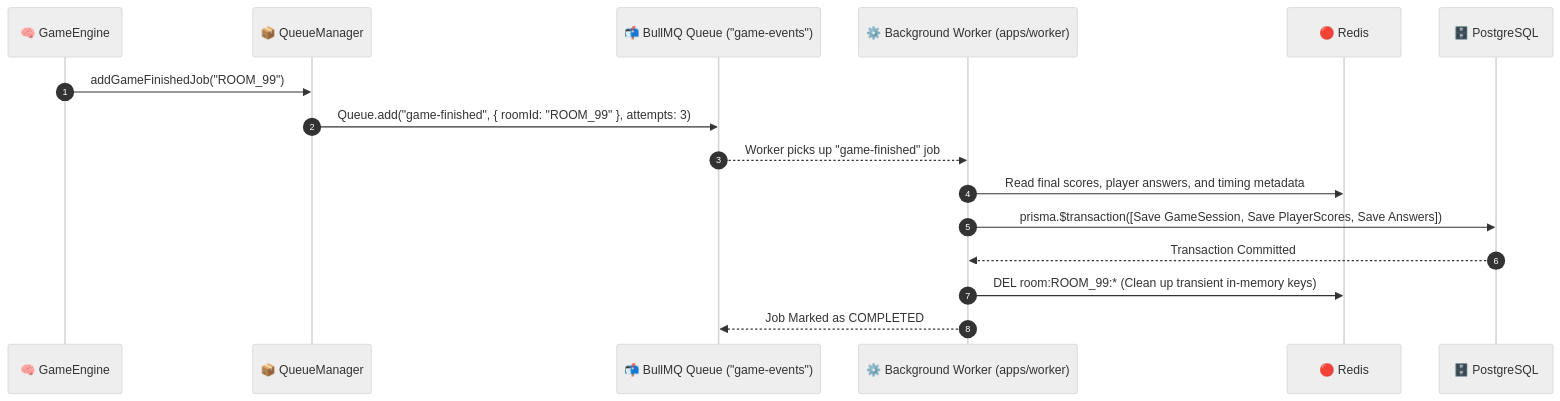
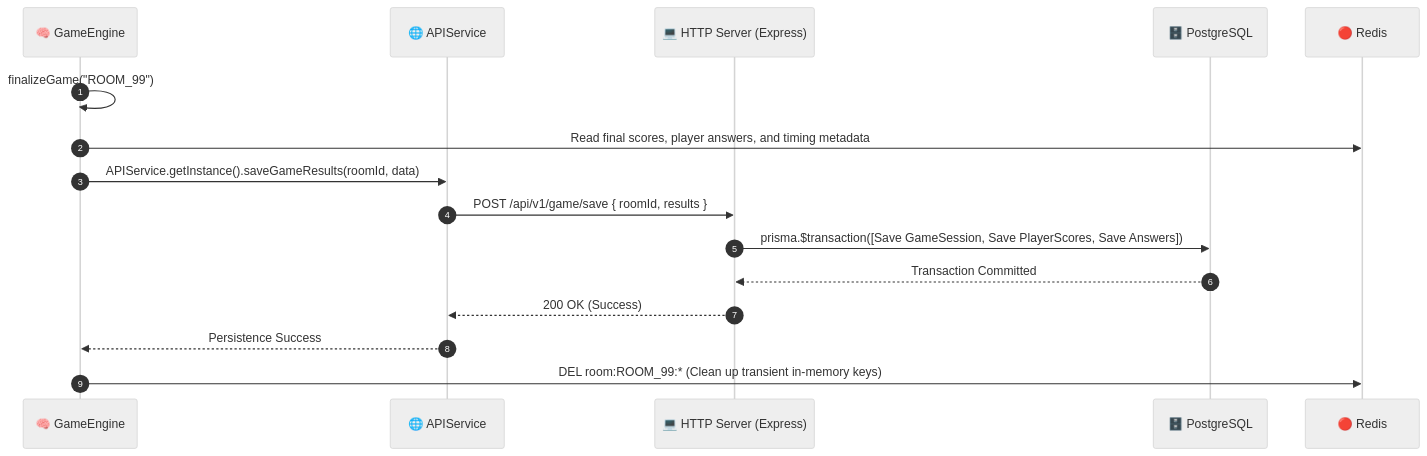
One commit to MrSanito/quizMasterTurbo changed the eighth of 9 diagrams in apps/ws/singleton.md. Above: the diagram before and after it, drawn with Mermaid (neutral theme). The commit also changed other lines of this file and 4 other files, not shown here.

````diff
--- a/apps/ws/singleton.md
+++ b/apps/ws/singleton.md
@@ -471,19 +471,19 @@
 ```mermaid
 sequenceDiagram
     autonumber
     participant GE as 🧠 GameEngine
-    participant QM as 📦 QueueManager
-    participant BullMQ as 📬 BullMQ Queue ("game-events")
-    participant Worker as ⚙️ Background Worker (apps/worker)
+    participant APIService as 🌐 APIService
+    participant HTTPServer as 💻 HTTP Server (Express)
+    participant DB as 🗄️ PostgreSQL
     participant Redis as 🔴 Redis
-    participant DB as 🗄️ PostgreSQL
 
-    GE->>QM: addGameFinishedJob("ROOM_99")
-    QM->>BullMQ: Queue.add("game-finished", { roomId: "ROOM_99" }, attempts: 3)
-    BullMQ-->>Worker: Worker picks up "game-finished" job
-    Worker->>Redis: Read final scores, player answers, and timing metadata
-    Worker->>DB: prisma.$transaction([Save GameSession, Save PlayerScores, Save Answers])
-    DB-->>Worker: Transaction Committed
-    Worker->>Redis: DEL room:ROOM_99:* (Clean up transient in-memory keys)
-    Worker-->>BullMQ: Job Marked as COMPLETED
+    GE->>GE: finalizeGame("ROOM_99")
+    GE->>Redis: Read final scores, player answers, and timing metadata
+    GE->>APIService: APIService.getInstance().saveGameResults(roomId, data)
+    APIService->>HTTPServer: POST /api/v1/game/save { roomId, results }
+    HTTPServer->>DB: prisma.$transaction([Save GameSession, Save PlayerScores, Save Answers])
+    DB-->>HTTPServer: Transaction Committed
+    HTTPServer-->>APIService: 200 OK (Success)
+    APIService-->>GE: Persistence Success
+    GE->>Redis: DEL room:ROOM_99:* (Clean up transient in-memory keys)
 ```
````
